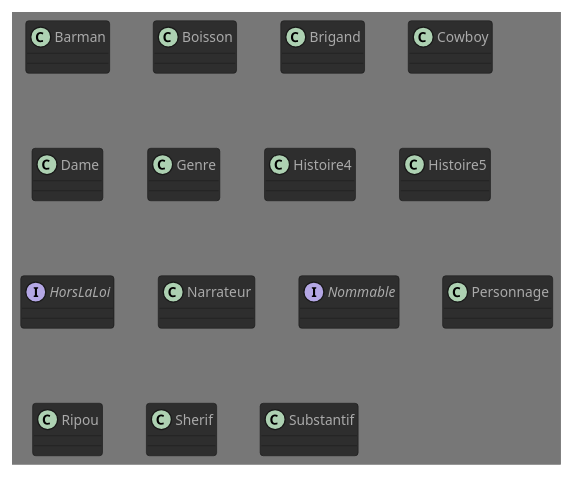
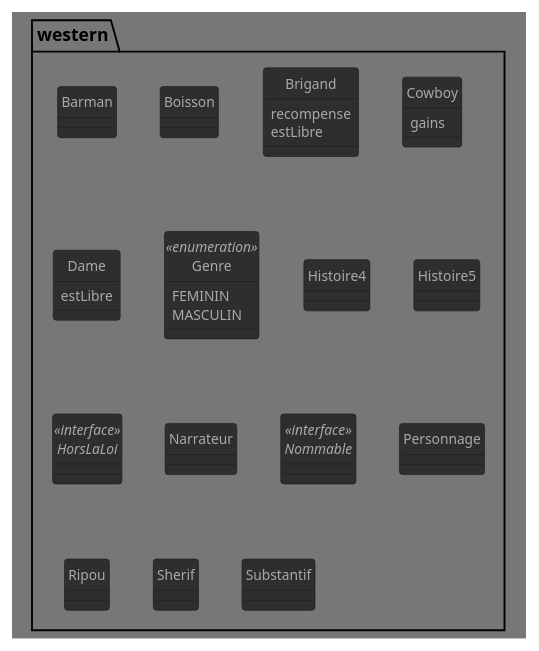
One commit to GlazKrovi/JavaToPlantUML changed the diagram in generates/puml/Western.puml. Above: the diagram before and after it, drawn with PlantUML. The commit also changed 42 other files, not shown here.

```diff
--- a/generates/puml/Western.puml
+++ b/generates/puml/Western.puml
@@ -1,22 +1,54 @@
 @startuml
 !theme reddress-darkgreen
+skinparam style strictuml
 
+package western {
+class Barman {
 
+}
+class Boisson {
 
-class Barman {}
-class Boisson {}
-class Brigand {}
-class Cowboy {}
-class Dame {}
-class Genre {}
-class Histoire4 {}
-class Histoire5 {}
-interface HorsLaLoi {}
-class Narrateur {}
-interface Nommable {}
-class Personnage {}
-class Ripou {}
-class Sherif {}
-class Substantif {}
+}
+class Brigand {
+recompense
+estLibre
+
+}
+class Cowboy {
+gains
+
+}
+class Dame {
+estLibre
+
+}
+enum Genre <<enumeration>> {
+FEMININ
+MASCULIN
+
+}
+class Histoire4 {
+
+}
+class Histoire5 {
+
+}
+interface HorsLaLoi <<interface>>
+class Narrateur {
+
+}
+interface Nommable <<interface>>
+class Personnage {
+
+}
+class Ripou {
+
+}
+class Sherif {
+
+}
+class Substantif {
+
+}
 
 @enduml
```
